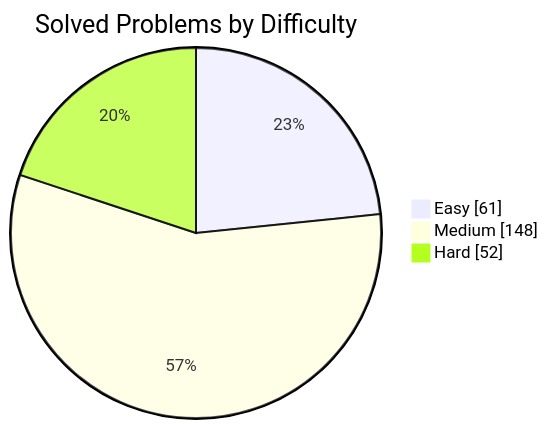
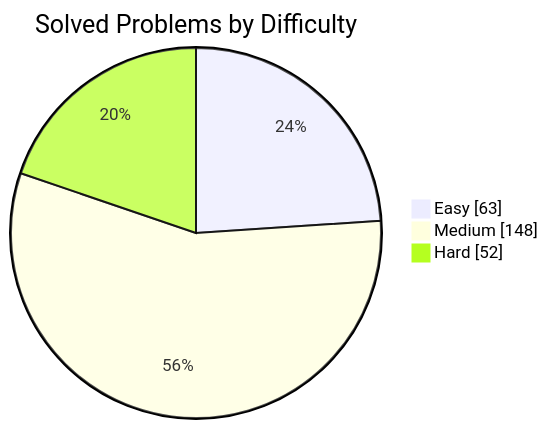
The first of 2 diagrams in README.md (manikantbindass/DSA-Preparation-FAANG), drawn with Mermaid before and after one commit. The commit also changed other lines of this file and 1 other file, not shown here.

````diff
--- a/README.md
+++ b/README.md
@@ -42,7 +42,7 @@
 ```mermaid
 pie showData
     title Solved Problems by Difficulty
-    "Easy" : 61
+    "Easy" : 63
     "Medium" : 148
     "Hard" : 52
 ```
````
